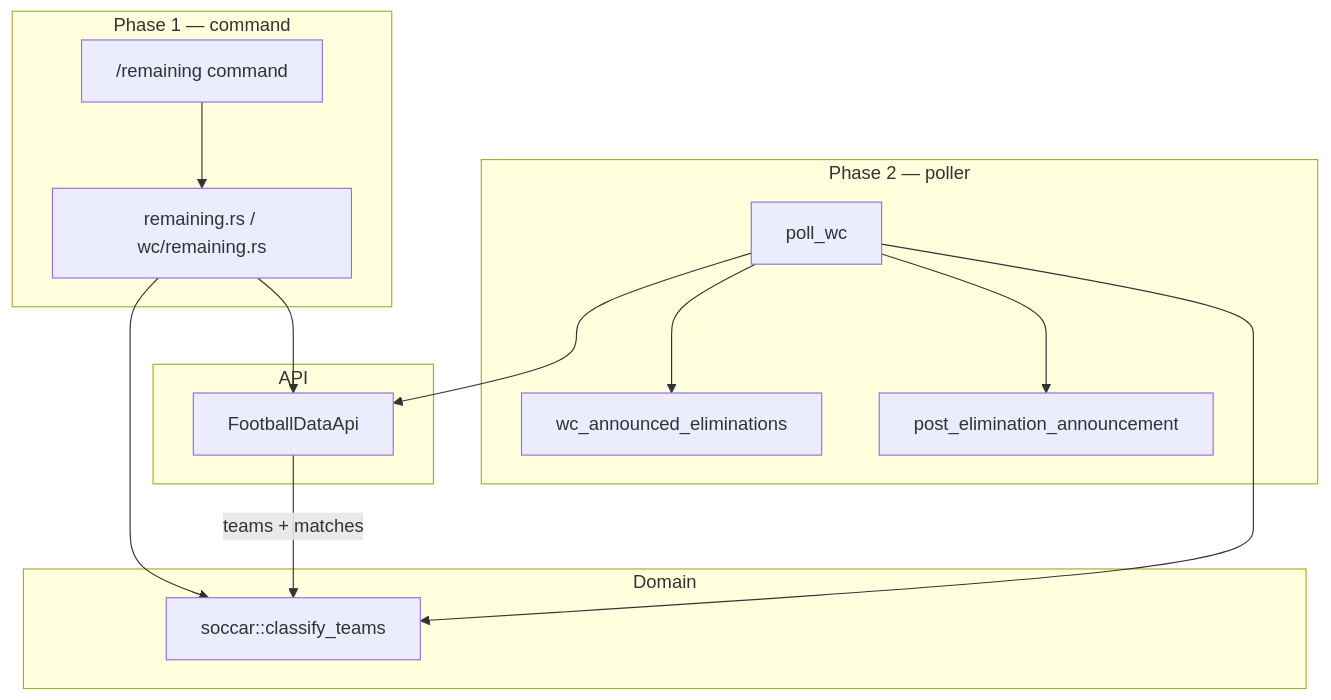
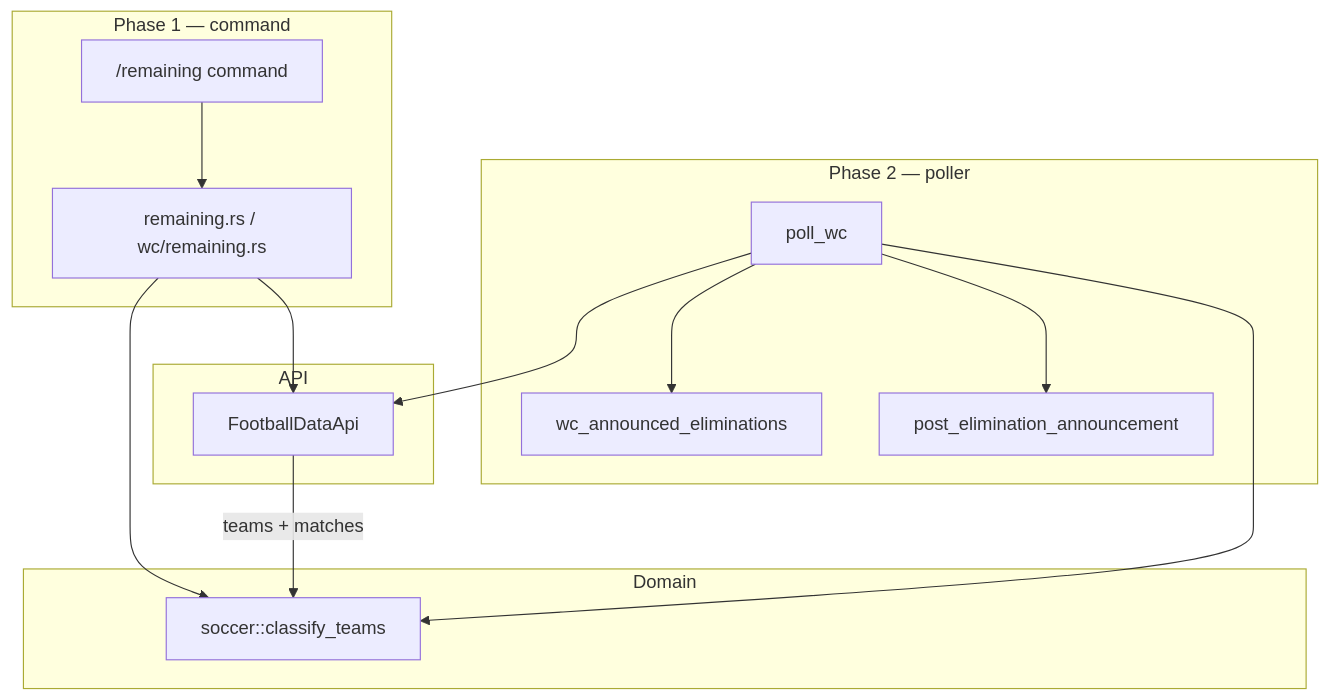
Before and after one commit to gapuchi/world-cup-bot: the diagram in docs/plans/wc-remaining/plan.md, drawn with Mermaid. The commit also changed other lines of this file and 46 other files, not shown here.

````diff
--- a/docs/plans/wc-remaining/plan.md
+++ b/docs/plans/wc-remaining/plan.md
@@ -76,30 +76,30 @@
 ```mermaid
 flowchart TB
   subgraph phase1 ["Phase 1 — command"]
     CMD["/remaining command"]
     UC["remaining.rs / wc/remaining.rs"]
     CMD --> UC
   end
 
   subgraph domain ["Domain"]
-    SOC["soccar::classify_teams"]
+    SOC["soccer::classify_teams"]
   end
 
   subgraph api ["API"]
     FDA["FootballDataApi"]
   end
 
   UC --> FDA
   UC --> SOC
   FDA -->|"teams + matches"| SOC
 
   subgraph phase2 ["Phase 2 — poller"]
     POL["poll_wc"]
     DB["wc_announced_eliminations"]
     ANN["post_elimination_announcement"]
     POL --> FDA
     POL --> SOC
     POL --> DB
     POL --> ANN
   end
 ```
````
